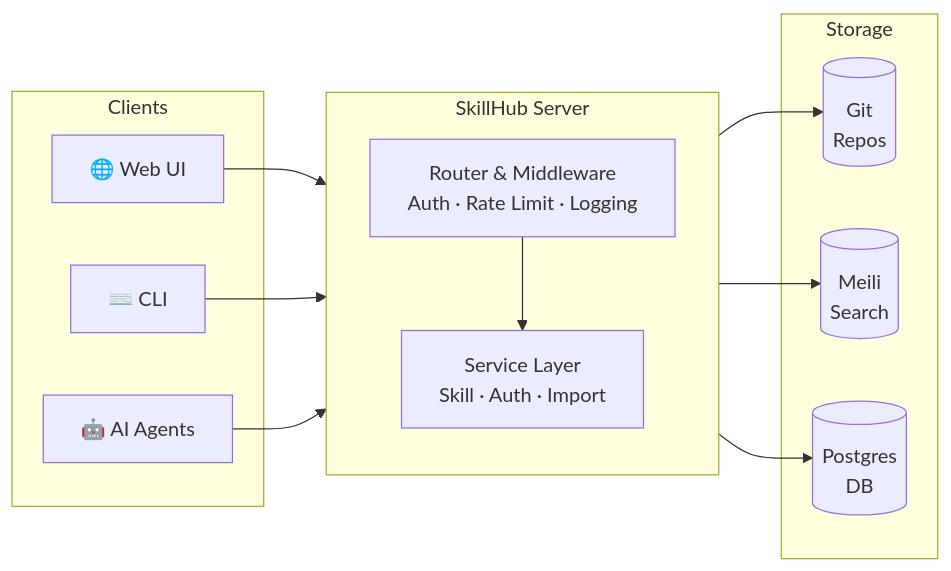
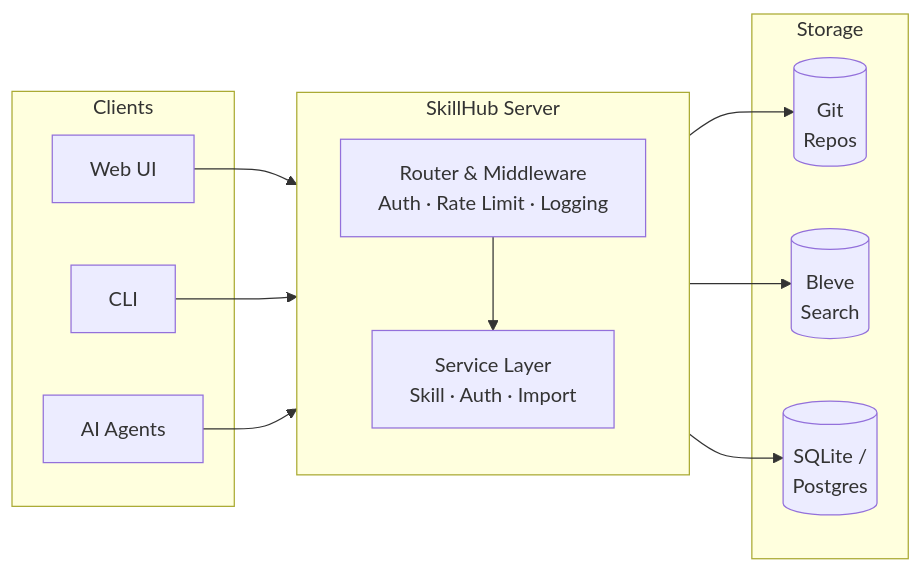
The diagram in README.md (cinience/skillhub), drawn with Mermaid before and after one commit. The commit also changed other lines of this file and 9 other files, not shown here.

````diff
--- a/README.md
+++ b/README.md
@@ -103,24 +106,24 @@
 ```mermaid
 graph LR
     subgraph Clients
-        W["🌐 Web UI"]
-        C["⌨️ CLI"]
-        A["🤖 AI Agents"]
+        W["Web UI"]
+        C["CLI"]
+        A["AI Agents"]
     end
 
     subgraph SkillHub["SkillHub Server"]
         direction TB
         R["Router & Middleware<br/>Auth · Rate Limit · Logging"]
         S["Service Layer<br/>Skill · Auth · Import"]
         R --> S
     end
 
     subgraph Storage
         G[("Git<br/>Repos")]
-        M[("Meili<br/>Search")]
-        P[("Postgres<br/>DB")]
+        B[("Bleve<br/>Search")]
+        D[("SQLite /<br/>Postgres")]
     end
 
     W & C & A --> R
-    S --> G & M & P
+    S --> G & B & D
 ```
````
